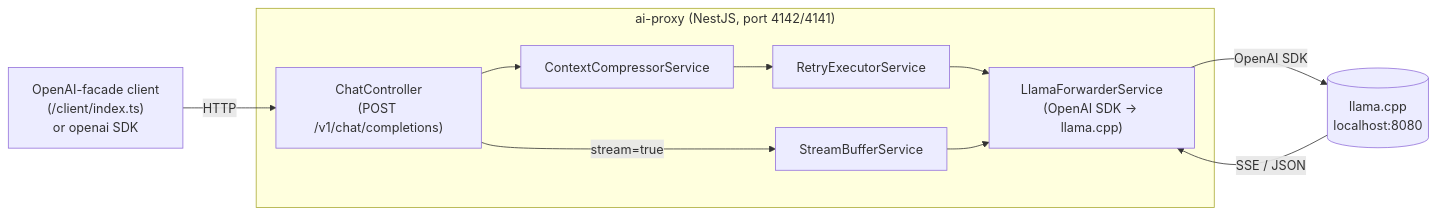
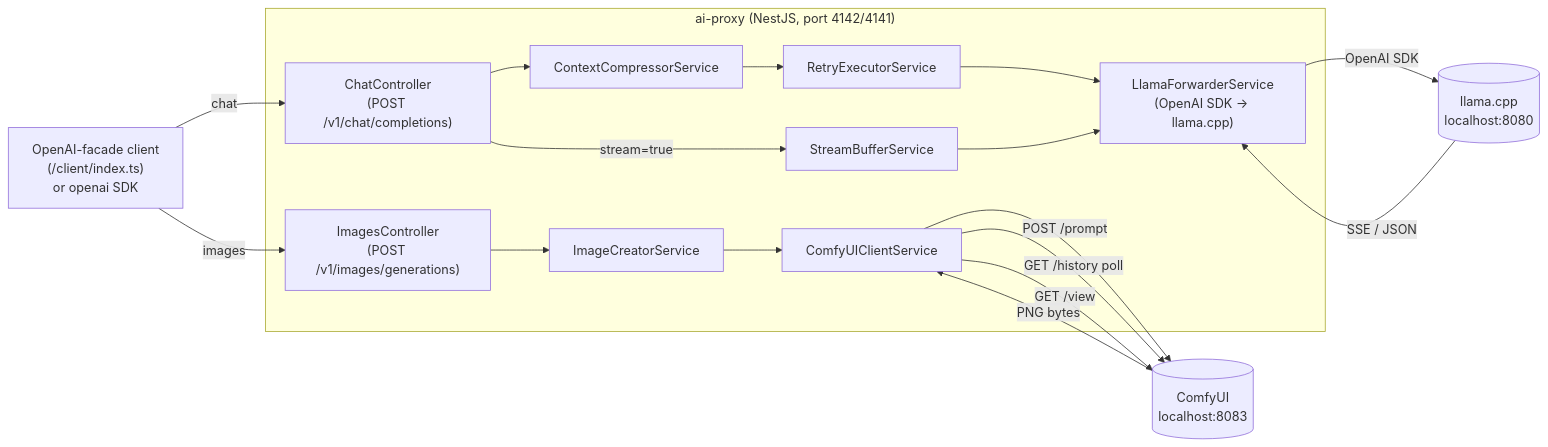
The first of 4 diagrams in README.md (jasonmcaffee/ai-proxy), drawn with Mermaid before and after one commit. The commit also changed other lines of this file, not shown here.

````diff
--- a/README.md
+++ b/README.md
@@ -53,18 +141,28 @@
 ```mermaid
 flowchart LR
     Client["OpenAI-facade client\n(/client/index.ts)\nor openai SDK"]
     subgraph Proxy["ai-proxy (NestJS, port 4142/4141)"]
-        Ctrl["ChatController\n(POST /v1/chat/completions)"]
+        ChatCtrl["ChatController\n(POST /v1/chat/completions)"]
+        ImgCtrl["ImagesController\n(POST /v1/images/generations)"]
         Compress["ContextCompressorService"]
         Retry["RetryExecutorService"]
         Stream["StreamBufferService"]
         Forward["LlamaForwarderService\n(OpenAI SDK → llama.cpp)"]
+        ImgSvc["ImageCreatorService"]
+        ComfyClient["ComfyUIClientService"]
     end
     Llama[("llama.cpp\nlocalhost:8080")]
+    ComfyUI[("ComfyUI\nlocalhost:8083")]
 
-    Client -->|HTTP| Ctrl
-    Ctrl --> Compress --> Retry --> Forward
-    Ctrl -->|stream=true| Stream --> Forward
+    Client -->|chat| ChatCtrl
+    Client -->|images| ImgCtrl
+    ChatCtrl --> Compress --> Retry --> Forward
+    ChatCtrl -->|stream=true| Stream --> Forward
     Forward -->|OpenAI SDK| Llama
     Llama -->|SSE / JSON| Forward
+    ImgCtrl --> ImgSvc --> ComfyClient
+    ComfyClient -->|POST /prompt| ComfyUI
+    ComfyClient -->|GET /history poll| ComfyUI
+    ComfyClient -->|GET /view| ComfyUI
+    ComfyUI -->|PNG bytes| ComfyClient
 ```
````
